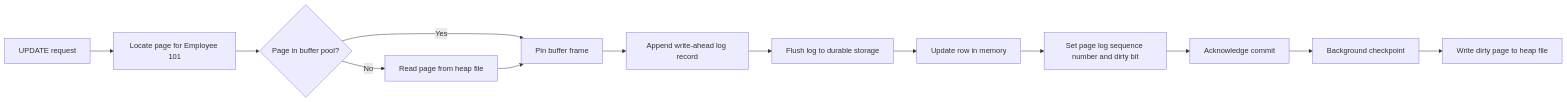
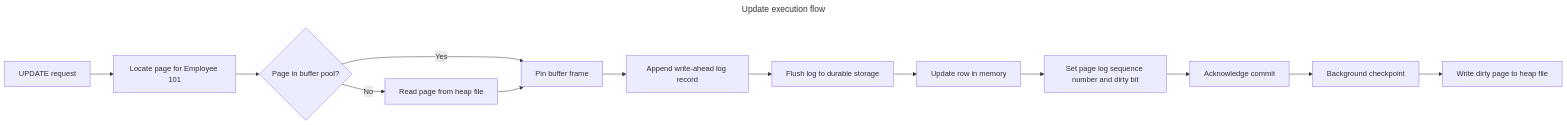
The fourth of 4 diagrams in content/sql/database-storage-engine-internals.md (VineethChivukula/dedocs), drawn with Mermaid before and after one commit. The commit also changed other lines of this file and 3 other files, not shown here.

````diff
--- a/content/sql/database-storage-engine-internals.md
+++ b/content/sql/database-storage-engine-internals.md
@@ -300,15 +309,18 @@
 ```mermaid
+---
+title: Update execution flow
+---
 flowchart LR
     A[UPDATE request] --> B[Locate page for Employee 101]
     B --> C{Page in buffer pool?}
     C -- Yes --> D[Pin buffer frame]
     C -- No --> E[Read page from heap file]
     E --> D
     D --> F[Append write-ahead log record]
     F --> G[Flush log to durable storage]
     G --> H[Update row in memory]
     H --> I[Set page log sequence number and dirty bit]
     I --> J[Acknowledge commit]
     J --> K[Background checkpoint]
     K --> L[Write dirty page to heap file]
 ```
````
